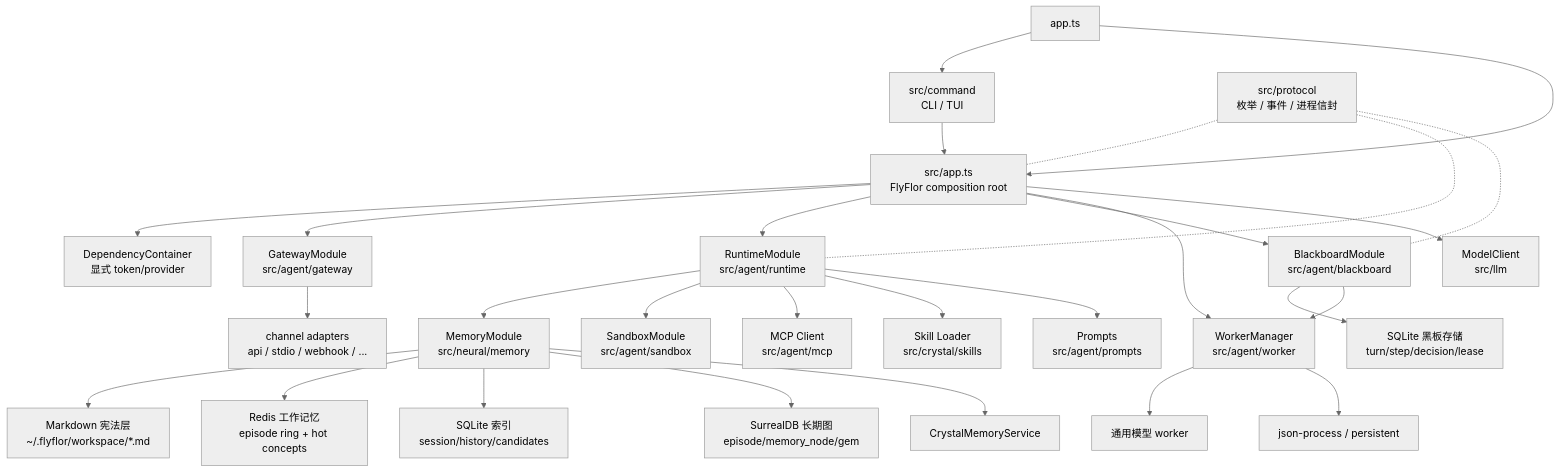
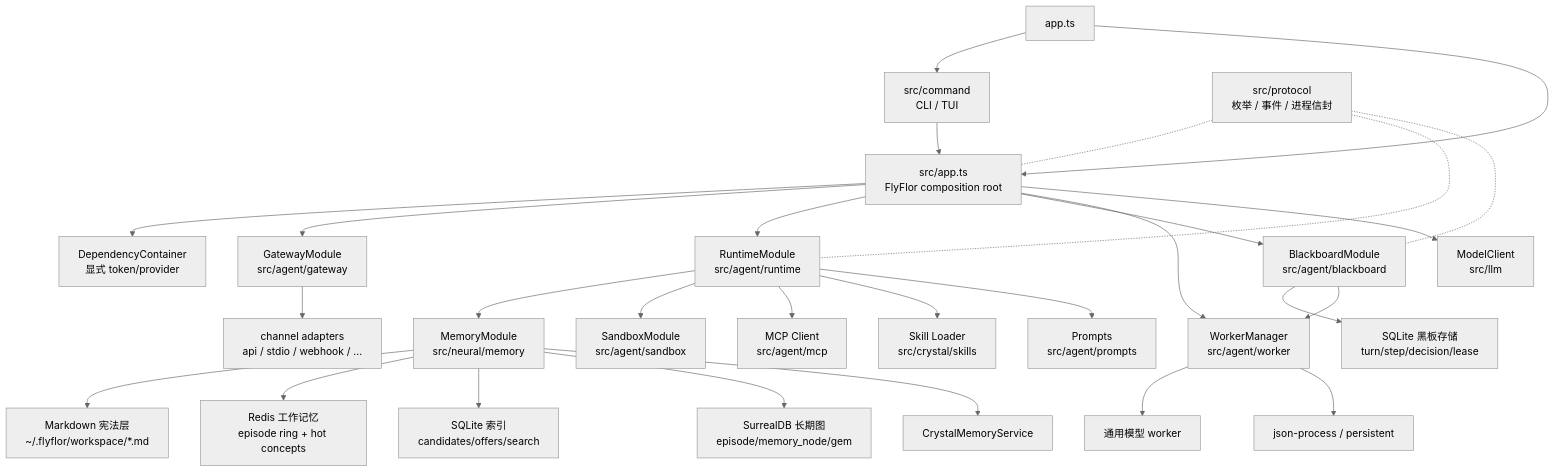
The first of 3 diagrams in docs/architecture.md (flyflor/flyflor), drawn with Mermaid (neutral theme) before and after one commit. The commit also changed other lines of this file and 22 other files, not shown here.

````diff
--- a/docs/architecture.md
+++ b/docs/architecture.md
@@ -26,36 +26,36 @@
 ```mermaid
 flowchart TB
     Entry["app.ts"] --> Command["src/command<br/>CLI / TUI"]
     Entry --> AppRoot["src/app.ts<br/>FlyFlor composition root"]
     Command --> AppRoot
     AppRoot --> Container["DependencyContainer<br/>显式 token/provider"]
 
     AppRoot --> Gateway["GatewayModule<br/>src/agent/gateway"]
     AppRoot --> Runtime["RuntimeModule<br/>src/agent/runtime"]
     AppRoot --> Blackboard["BlackboardModule<br/>src/agent/blackboard"]
     AppRoot --> Workers["WorkerManager<br/>src/agent/worker"]
     AppRoot --> Model["ModelClient<br/>src/llm"]
 
     Runtime --> Memory["MemoryModule<br/>src/neural/memory"]
     Runtime --> Sandbox["SandboxModule<br/>src/agent/sandbox"]
     Runtime --> MCP["MCP Client<br/>src/agent/mcp"]
     Runtime --> Skills["Skill Loader<br/>src/crystal/skills"]
     Runtime --> Prompts["Prompts<br/>src/agent/prompts"]
 
     Memory --> Markdown["Markdown 宪法层<br/>~/.flyflor/workspace/*.md"]
     Memory --> Redis["Redis 工作记忆<br/>episode ring + hot concepts"]
-    Memory --> SQLite["SQLite 索引<br/>session/history/candidates"]
+    Memory --> SQLite["SQLite 索引<br/>candidates/offers/search"]
     Memory --> Surreal["SurrealDB 长期图<br/>episode/memory_node/gem"]
     Memory --> Crystal["CrystalMemoryService"]
 
     Blackboard --> BlackboardSqlite["SQLite 黑板存储<br/>turn/step/decision/lease"]
     Blackboard --> Workers
     Workers --> ModelWorker["通用模型 worker"]
     Workers --> JsonProcess["json-process / persistent"]
 
     Gateway --> Channels["channel adapters<br/>api / stdio / webhook / ..."]
 
     Protocol["src/protocol<br/>枚举 / 事件 / 进程信封"] -.- AppRoot
     Protocol -.- Runtime
     Protocol -.- Blackboard
 ```
````
